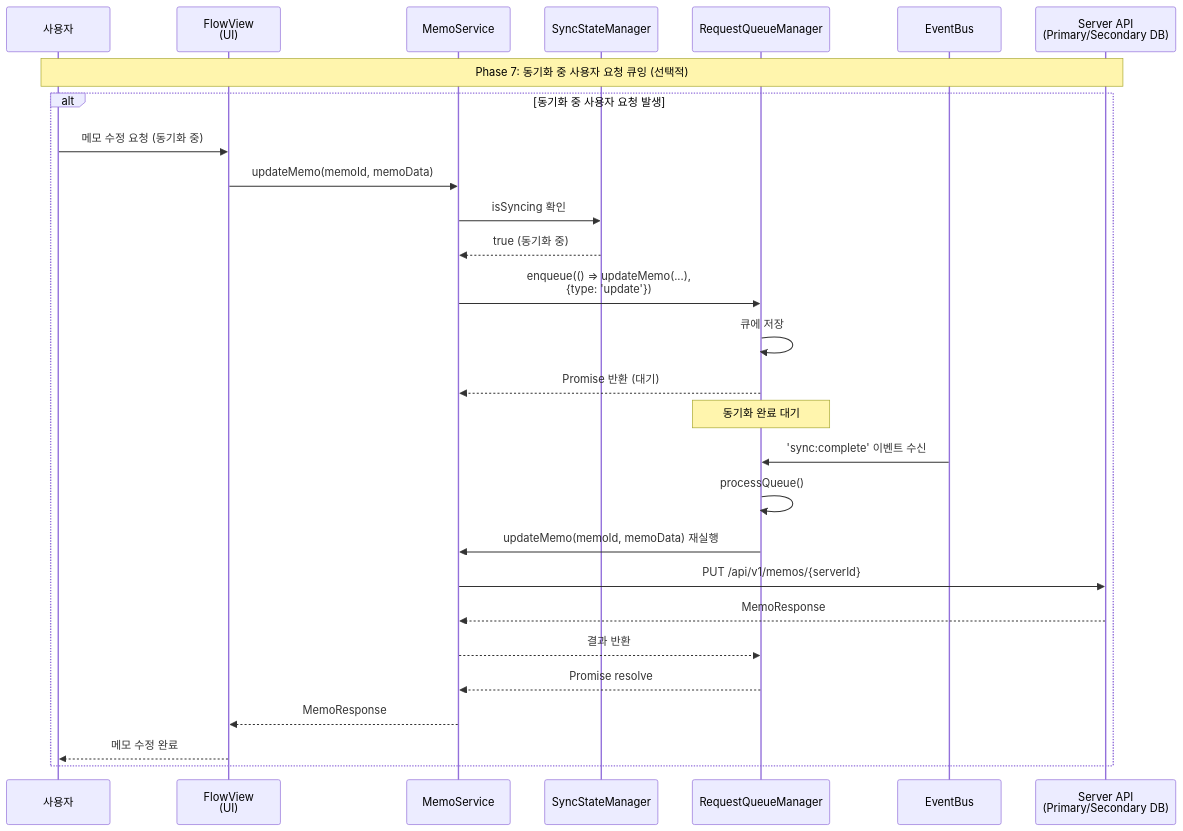
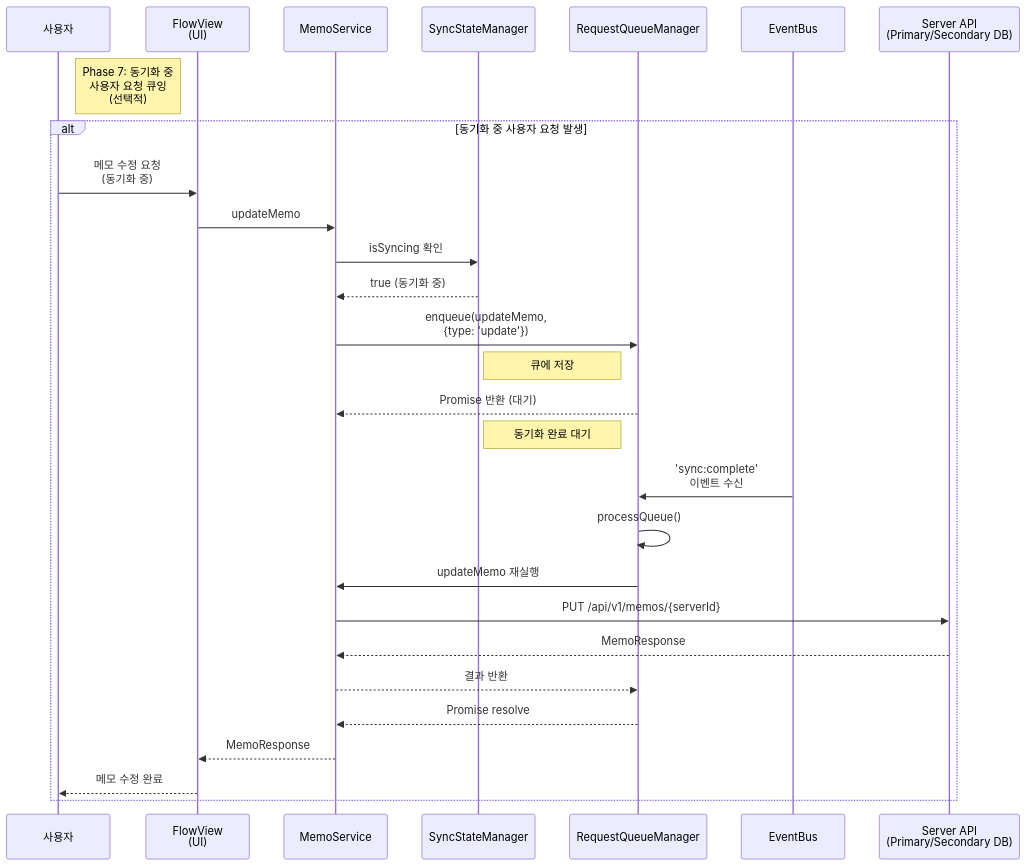
The fifth of 5 diagrams in docs/architecture/SCENARIO1_RUNTIME_VIEW.md (Park-Yena00/Reading_tracker), drawn with Mermaid before and after one commit. The commit also changed other lines of this file and 2 other files, not shown here.

First line of the commit message:
docs: 다이어그램 선과 주석 겹침 문제 수정

````diff
--- a/docs/architecture/SCENARIO1_RUNTIME_VIEW.md
+++ b/docs/architecture/SCENARIO1_RUNTIME_VIEW.md
@@ -195,32 +193,32 @@
 ```mermaid
 sequenceDiagram
     participant User as 사용자
     participant UI as FlowView<br/>(UI)
     participant MemoService as MemoService
     participant SyncStateMgr as SyncStateManager
     participant RequestQueueMgr as RequestQueueManager
     participant EventBus as EventBus
     participant ServerAPI as Server API<br/>(Primary/Secondary DB)
 
-    Note over User,ServerAPI: Phase 7: 동기화 중 사용자 요청 큐잉 (선택적)
+    Note right of User: Phase 7: 동기화 중<br/>사용자 요청 큐잉<br/>(선택적)
     alt 동기화 중 사용자 요청 발생
-        User->>UI: 메모 수정 요청 (동기화 중)
-        UI->>MemoService: updateMemo(memoId, memoData)
+        User->>UI: 메모 수정 요청<br/>(동기화 중)
+        UI->>MemoService: updateMemo
         MemoService->>SyncStateMgr: isSyncing 확인
         SyncStateMgr-->>MemoService: true (동기화 중)
-        MemoService->>RequestQueueMgr: enqueue(() => updateMemo(...),<br/>{type: 'update'})
-        RequestQueueMgr->>RequestQueueMgr: 큐에 저장
+        MemoService->>RequestQueueMgr: enqueue(updateMemo,<br/>{type: 'update'})
+        Note left of RequestQueueMgr: 큐에 저장
         RequestQueueMgr-->>MemoService: Promise 반환 (대기)
         
-        Note over RequestQueueMgr: 동기화 완료 대기
-        EventBus->>RequestQueueMgr: 'sync:complete' 이벤트 수신
+        Note left of RequestQueueMgr: 동기화 완료 대기
+        EventBus->>RequestQueueMgr: 'sync:complete'<br/>이벤트 수신
         RequestQueueMgr->>RequestQueueMgr: processQueue()
-        RequestQueueMgr->>MemoService: updateMemo(memoId, memoData) 재실행
+        RequestQueueMgr->>MemoService: updateMemo 재실행
         MemoService->>ServerAPI: PUT /api/v1/memos/{serverId}
         ServerAPI-->>MemoService: MemoResponse
         MemoService-->>RequestQueueMgr: 결과 반환
         RequestQueueMgr-->>MemoService: Promise resolve
         MemoService-->>UI: MemoResponse
         UI-->>User: 메모 수정 완료
     end
 ```
````
